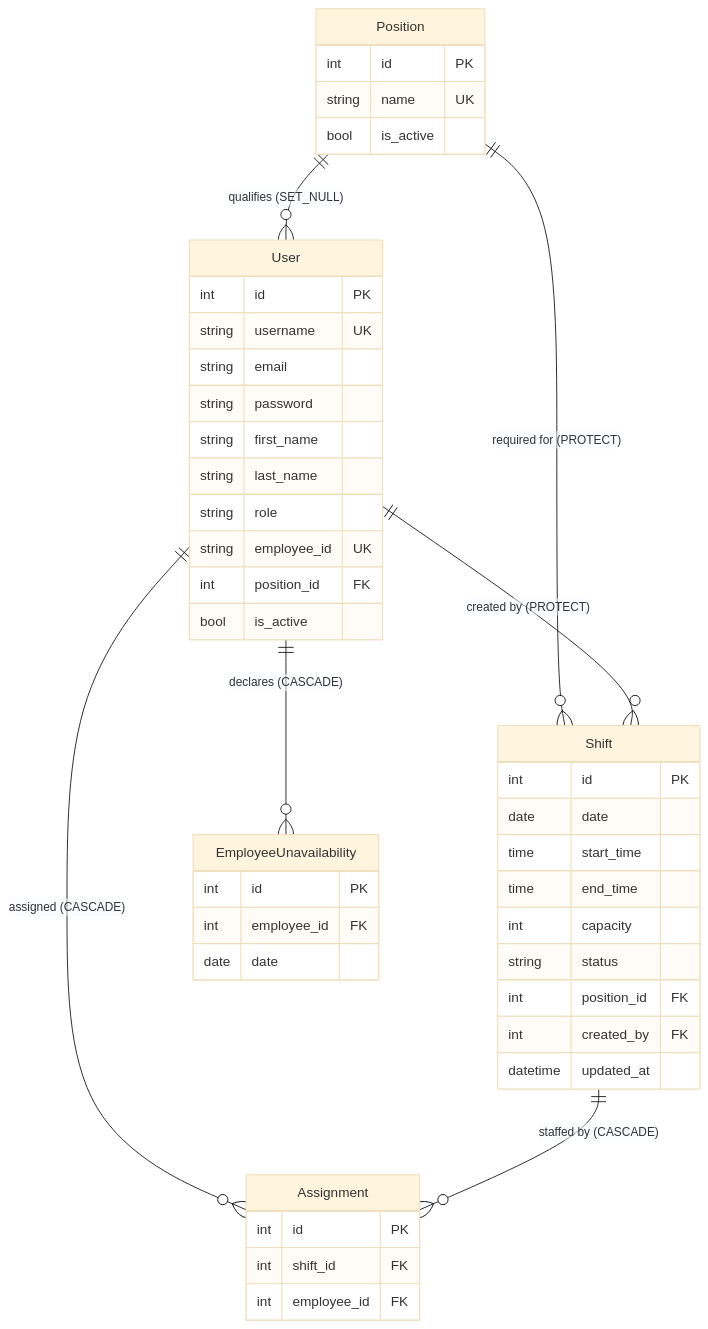
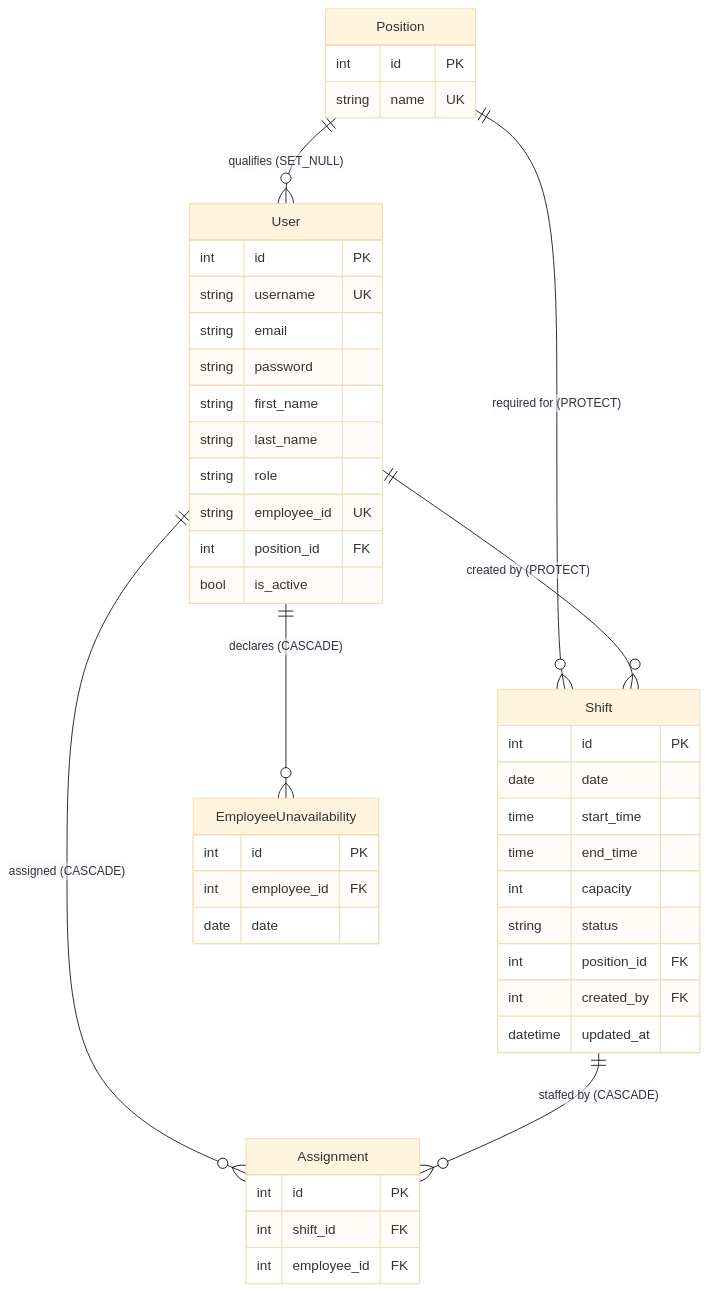
One commit to DT-sudo/ft_transcendece changed the diagram in README.md. Above: the diagram before and after it, drawn with Mermaid (base theme). The commit also changed other lines of this file and 102 other files, not shown here.

````diff
--- a/README.md
+++ b/README.md
@@ -271,48 +276,47 @@
 ```mermaid
 erDiagram
     Position ||--o{ User : "qualifies (SET_NULL)"
     Position ||--o{ Shift : "required for (PROTECT)"
     User ||--o{ Shift : "created by (PROTECT)"
     User ||--o{ Assignment : "assigned (CASCADE)"
     Shift ||--o{ Assignment : "staffed by (CASCADE)"
     User ||--o{ EmployeeUnavailability : "declares (CASCADE)"
 
     Position {
         int id PK
         string name UK
-        bool is_active
     }
     User {
         int id PK
         string username UK
         string email
         string password
         string first_name
         string last_name
         string role
         string employee_id UK
         int position_id FK
         bool is_active
     }
     Shift {
         int id PK
         date date
         time start_time
         time end_time
         int capacity
         string status
         int position_id FK
         int created_by FK
         datetime updated_at
     }
     Assignment {
         int id PK
         int shift_id FK
         int employee_id FK
     }
     EmployeeUnavailability {
         int id PK
         int employee_id FK
         date date
     }
 ```
````
